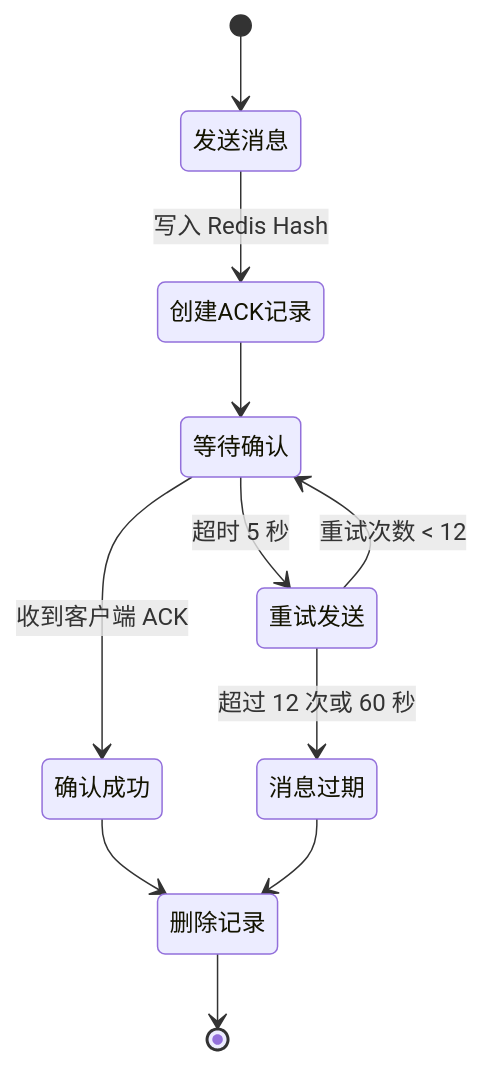
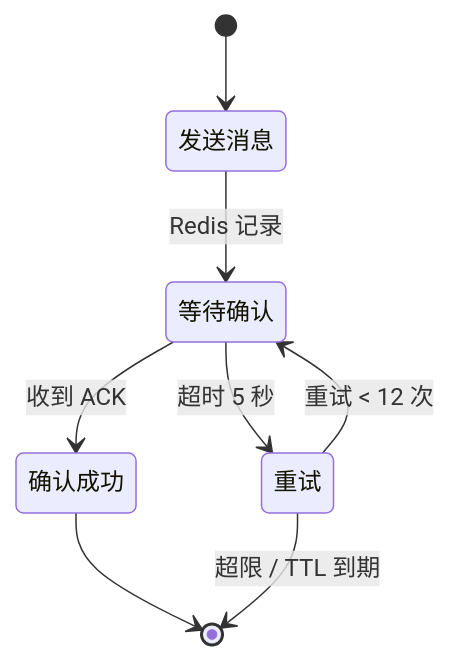
Before and after one commit to yangli-stu/quick-notify: the fifth of 5 diagrams in README.md, drawn with Mermaid. The commit also changed other lines of this file and 15 other files, not shown here.

````diff
--- a/README.md
+++ b/README.md
@@ -234,16 +152,10 @@
 ```mermaid
 stateDiagram-v2
     [*] --> 发送消息
-    发送消息 --> 创建ACK记录: 写入 Redis Hash
-    创建ACK记录 --> 等待确认
-
-    等待确认 --> 确认成功: 收到客户端 ACK
-    等待确认 --> 重试发送: 超时 5 秒
-
-    确认成功 --> 删除记录
-    删除记录 --> [*]
-
-    重试发送 --> 等待确认: 重试次数 < 12
-    重试发送 --> 消息过期: 超过 12 次或 60 秒
-    消息过期 --> 删除记录
+    发送消息 --> 等待确认: Redis 记录
+    等待确认 --> 确认成功: 收到 ACK
+    确认成功 --> [*]
+    等待确认 --> 重试: 超时 5 秒
+    重试 --> 等待确认: 重试 < 12 次
+    重试 --> [*]: 超限 / TTL 到期
 ```
````
